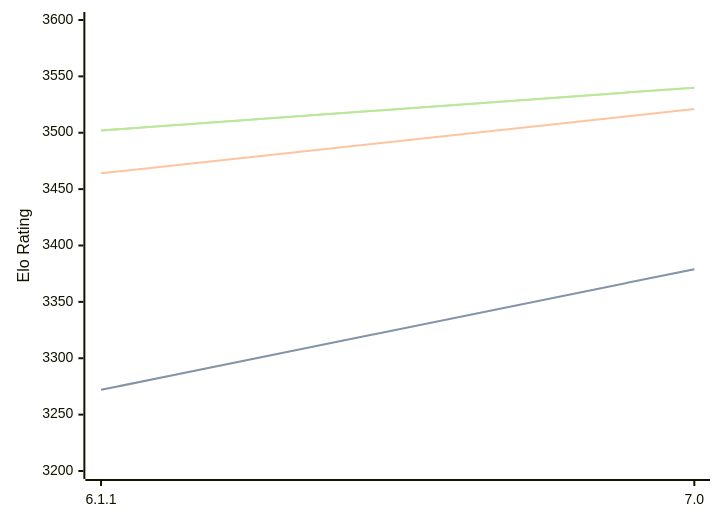
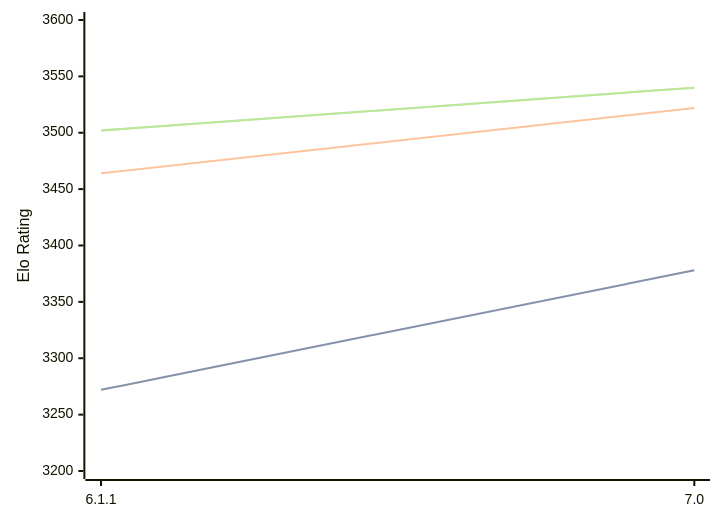
The first of 3 diagrams in engines/Astra.md (computer-chess-index/cci), drawn with Mermaid before and after one commit. The commit also changed other lines of this file, not shown here.

````diff
--- a/engines/Astra.md
+++ b/engines/Astra.md
@@ -44,11 +44,11 @@
 ```mermaid
 %%{init: {"theme":"base","themeVariables":{"seriesColors:['#a3a3a3','#222221','#faa371']}}}%%
 xychart-beta
   x-axis ["6.1.1", "7.0"]
   y-axis "Elo Rating" 3200 --> 3600
-  line "STC (8.0+0.08s)" [3272, 3379]
-  line "STC (8.0+0.08s)" [3272, 3379]
-  line "LTC (60.0+0.60s)" [3464, 3521]
+  line "STC (8.0+0.08s)" [3272, 3378]
+  line "STC (8.0+0.08s)" [3272, 3378]
+  line "LTC (60.0+0.60s)" [3464, 3522]
   line "VLTC (2m24s+1.12s)" [3502, 3540]
   line "VLTC (2m24s+1.12s)" [3502, 3540]
 ```
````
